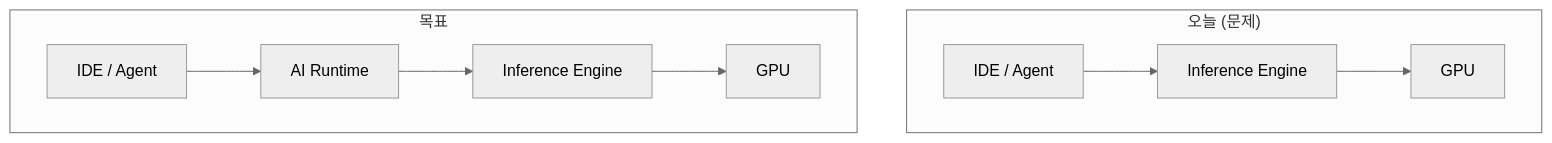
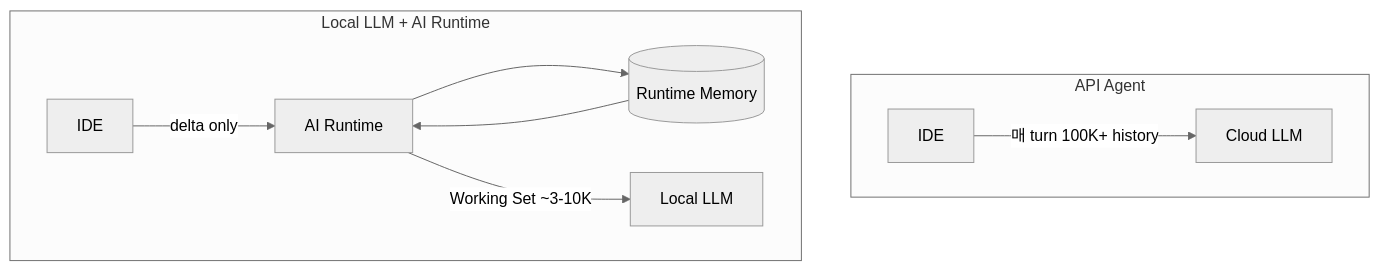
The diagram in docs/VISION.md (yunahe6532/ai-runtime), drawn with Mermaid (neutral theme) before and after one commit. The commit also changed other lines of this file and 10 other files, not shown here.

First line of the commit message:
refactor: Local LLM Runtime — Memory Scheduler hot path

````diff
--- a/docs/VISION.md
+++ b/docs/VISION.md
@@ -46,12 +103,12 @@
 ```mermaid
 flowchart TB
-    subgraph before["오늘 (문제)"]
-        App1[IDE / Agent] --> Eng1[Inference Engine]
-        Eng1 --> HW1[GPU]
+    subgraph api["API Agent"]
+        A1[IDE] -->|매 turn 100K+ history| A2[Cloud LLM]
     end
-    subgraph after["목표"]
-        App2[IDE / Agent] --> RT[AI Runtime]
-        RT --> Eng2[Inference Engine]
-        Eng2 --> HW2[GPU]
+    subgraph local["Local LLM + AI Runtime"]
+        L1[IDE] -->|delta only| RT[AI Runtime]
+        RT --> MEM[(Runtime Memory)]
+        RT -->|Working Set ~3-10K| L2[Local LLM]
+        MEM --> RT
     end
 ```
````
